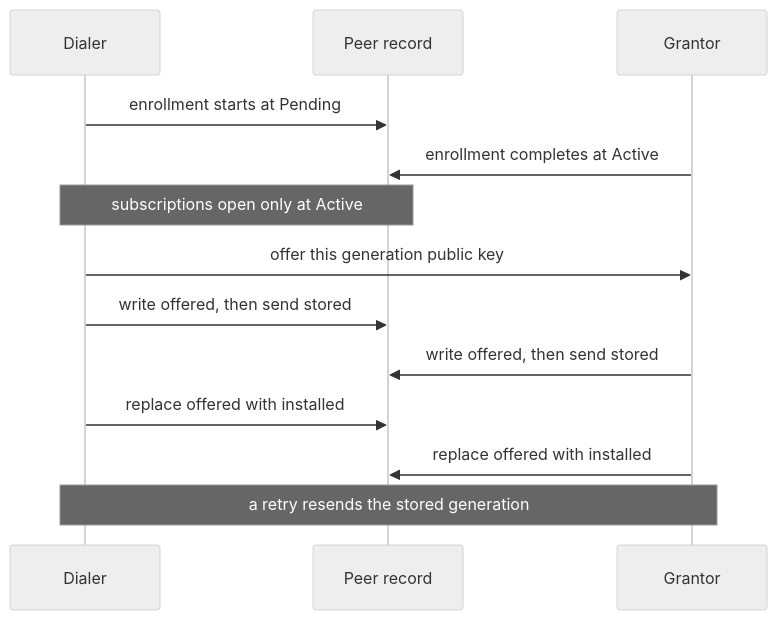
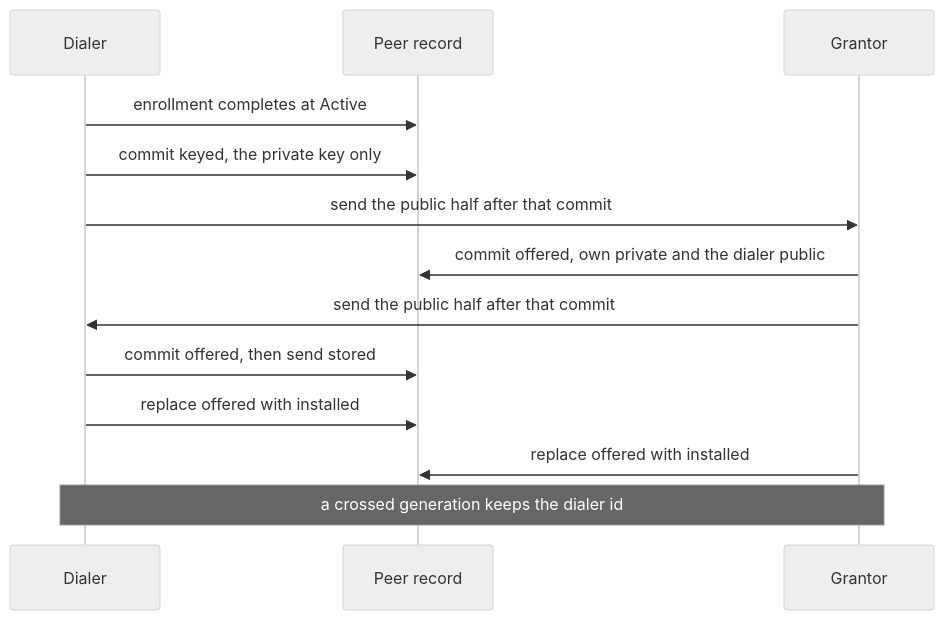
The seventh of 7 diagrams in docs/design/access-grants.md (nessalabs/nessa-agent), drawn with Mermaid (neutral theme) before and after one commit. The commit also changed other lines of this file, not shown here.

First line of the commit message:
Commit the discovery private key before its public half is sent

````diff
--- a/docs/design/access-grants.md
+++ b/docs/design/access-grants.md
@@ -1103,15 +1108,15 @@
 ```mermaid
 sequenceDiagram
   participant Dialer
   participant Record as Peer record
   participant Grantor
-  Dialer->>Record: enrollment starts at Pending
-  Grantor->>Record: enrollment completes at Active
-  Note over Dialer,Record: subscriptions open only at Active
-  Dialer->>Grantor: offer this generation public key
-  Dialer->>Record: write offered, then send stored
-  Grantor->>Record: write offered, then send stored
+  Dialer->>Record: enrollment completes at Active
+  Dialer->>Record: commit keyed, the private key only
+  Dialer->>Grantor: send the public half after that commit
+  Grantor->>Record: commit offered, own private and the dialer public
+  Grantor->>Dialer: send the public half after that commit
+  Dialer->>Record: commit offered, then send stored
   Dialer->>Record: replace offered with installed
   Grantor->>Record: replace offered with installed
-  Note over Dialer,Grantor: a retry resends the stored generation
+  Note over Dialer,Grantor: a crossed generation keeps the dialer id
 ```
````
